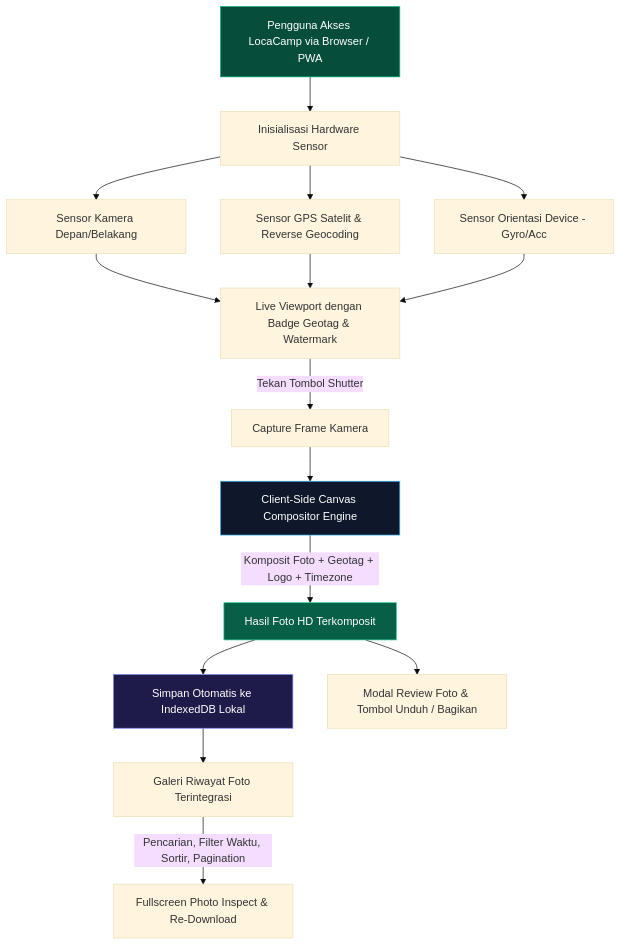
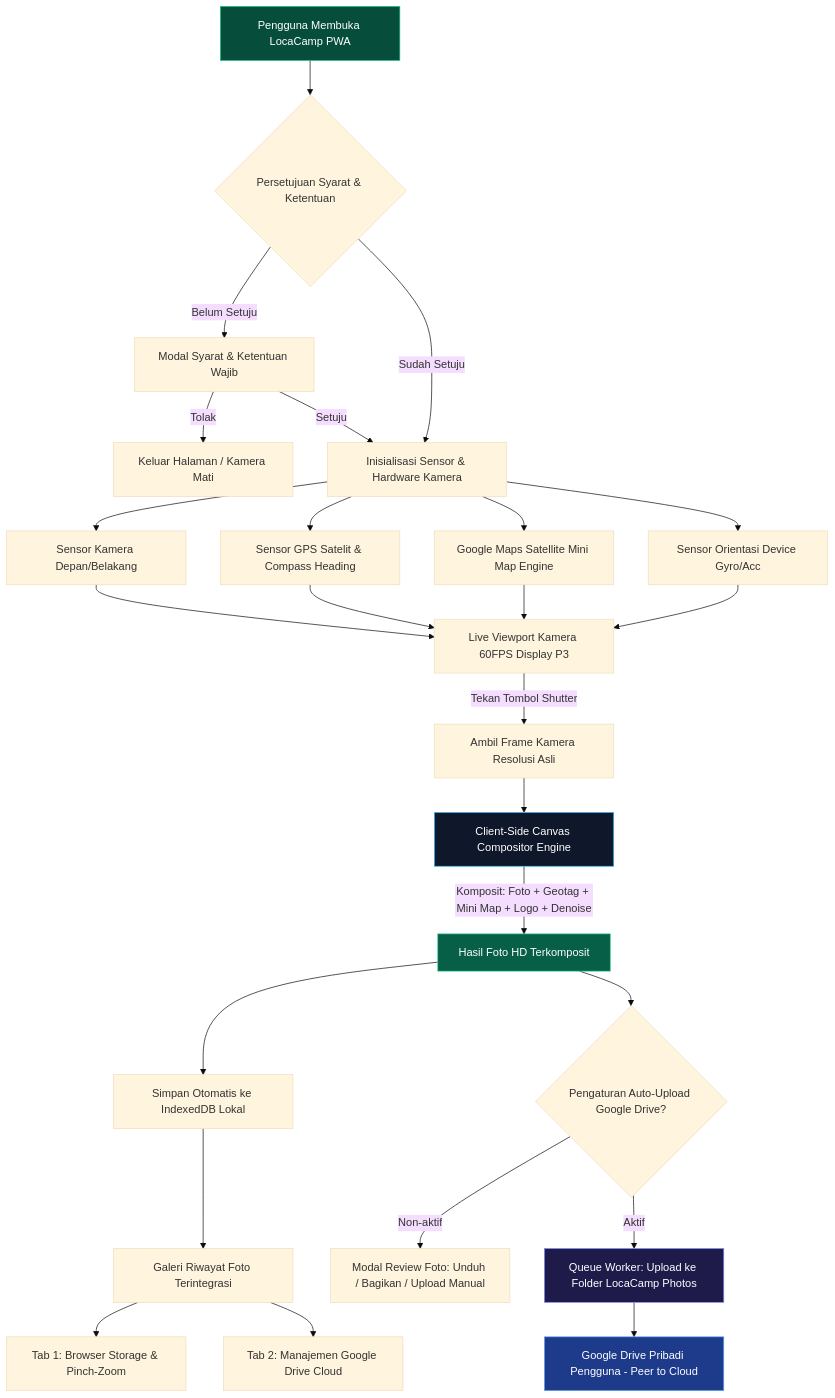
The diagram in README.md (maskodingku/LocaCamp), drawn with Mermaid (base theme) before and after one commit. The commit also changed other lines of this file, not shown here.

Commit message:
docs: pembaruan menyeluruh README.md mencakup fitur Google Drive, Display P3, sensor kamera, minimap, dan halaman legal

````diff
--- a/README.md
+++ b/README.md
@@ -115,26 +135,38 @@
 ```mermaid
 flowchart TD
-    A[Pengguna Akses LocaCamp via Browser / PWA] --> B[Inisialisasi Hardware Sensor]
-    B --> C[Sensor Kamera Depan/Belakang]
-    B --> D[Sensor GPS Satelit & Reverse Geocoding]
-    B --> E[Sensor Orientasi Device - Gyro/Acc]
-    
-    C --> F[Live Viewport dengan Badge Geotag & Watermark]
-    D --> F
-    E --> F
-    
-    F -->|Tekan Tombol Shutter| G[Capture Frame Kamera]
-    G --> H[Client-Side Canvas Compositor Engine]
-    H -->|Komposit Foto + Geotag + Logo + Timezone| I[Hasil Foto HD Terkomposit]
-    
-    I --> J[Simpan Otomatis ke IndexedDB Lokal]
-    I --> K[Modal Review Foto & Tombol Unduh / Bagikan]
-    
-    J --> L[Galeri Riwayat Foto Terintegrasi]
-    L -->|Pencarian, Filter Waktu, Sortir, Pagination| M[Fullscreen Photo Inspect & Re-Download]
-    
+    A[Pengguna Membuka LocaCamp PWA] --> B{Persetujuan Syarat & Ketentuan}
+    B -->|Belum Setuju| C[Modal Syarat & Ketentuan Wajib]
+    C -->|Tolak| D[Keluar Halaman / Kamera Mati]
+    C -->|Setuju| E[Inisialisasi Sensor & Hardware Kamera]
+    B -->|Sudah Setuju| E
+
+    E --> F[Sensor Kamera Depan/Belakang]
+    E --> G[Sensor GPS Satelit & Compass Heading]
+    E --> H[Google Maps Satellite Mini Map Engine]
+    E --> I[Sensor Orientasi Device Gyro/Acc]
+
+    F --> J[Live Viewport Kamera 60FPS Display P3]
+    G --> J
+    H --> J
+    I --> J
+
+    J -->|Tekan Tombol Shutter| K[Ambil Frame Kamera Resolusi Asli]
+    K --> L[Client-Side Canvas Compositor Engine]
+    L -->|Komposit: Foto + Geotag + Mini Map + Logo + Denoise| M[Hasil Foto HD Terkomposit]
+
+    M --> N[Simpan Otomatis ke IndexedDB Lokal]
+    M --> O{Pengaturan Auto-Upload Google Drive?}
+    O -->|Aktif| P[Queue Worker: Upload ke Folder LocaCamp Photos]
+    O -->|Non-aktif| Q[Modal Review Foto: Unduh / Bagikan / Upload Manual]
+
+    P --> R[Google Drive Pribadi Pengguna - Peer to Cloud]
+    N --> S[Galeri Riwayat Foto Terintegrasi]
+    S --> T[Tab 1: Browser Storage & Pinch-Zoom]
+    S --> U[Tab 2: Manajemen Google Drive Cloud]
+
     style A fill:#064e3b,stroke:#10b981,color:#fff
-    style H fill:#0f172a,stroke:#38bdf8,color:#fff
-    style I fill:#065f46,stroke:#34d399,color:#fff
-    style J fill:#1e1b4b,stroke:#818cf8,color:#fff
+    style L fill:#0f172a,stroke:#38bdf8,color:#fff
+    style M fill:#065f46,stroke:#34d399,color:#fff
+    style P fill:#1e1b4b,stroke:#818cf8,color:#fff
+    style R fill:#1e3a8a,stroke:#60a5fa,color:#fff
 ```
````
